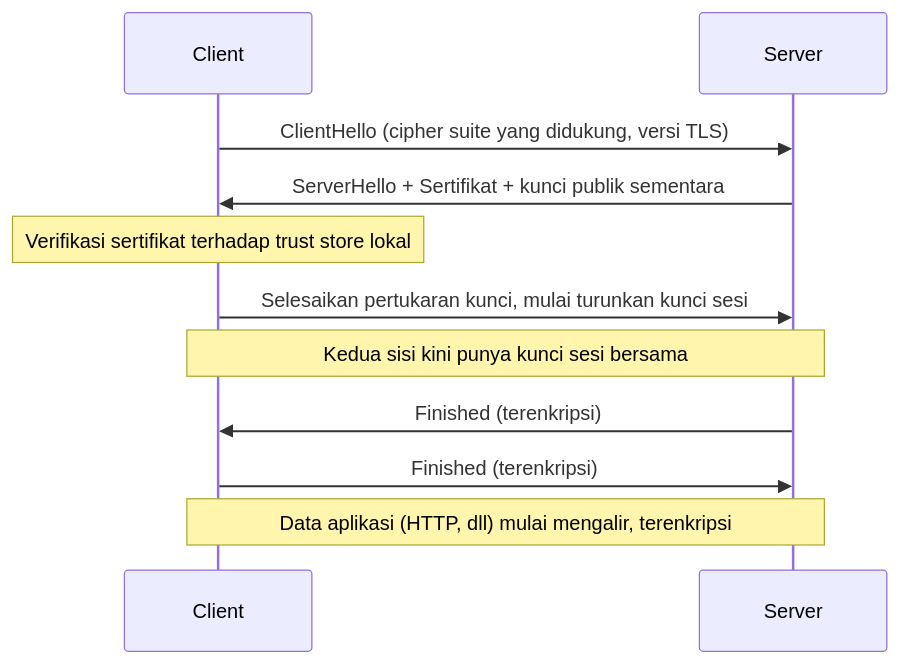
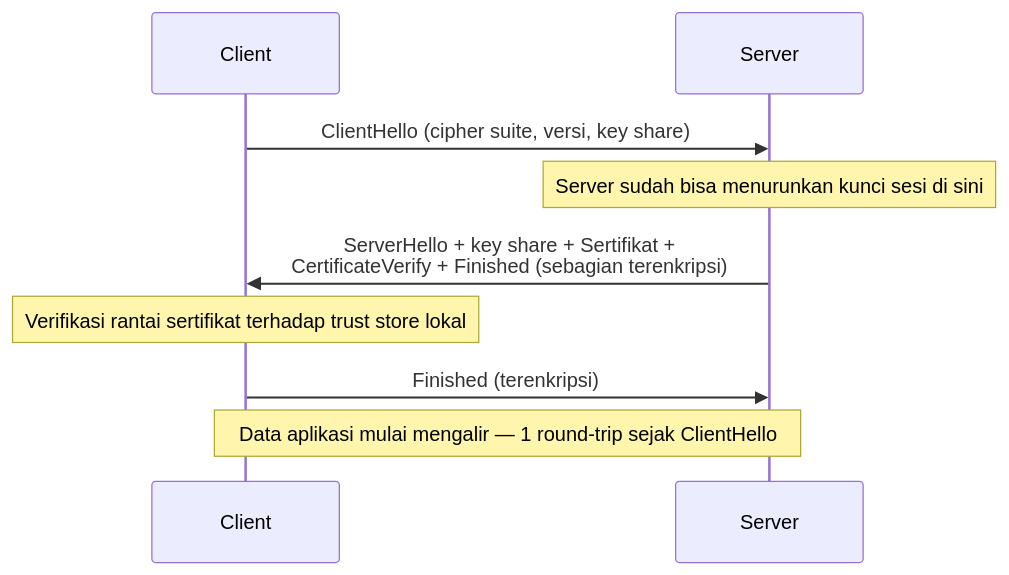
One commit to firmanains/backend-engineering-vault changed the diagram in 10 Foundations/The TLS Handshake.md. Above: the diagram before and after it, drawn with Mermaid. The commit also changed other lines of this file and 18 other files, not shown here.

````diff
--- a/10 Foundations/The TLS Handshake.md
+++ b/10 Foundations/The TLS Handshake.md
@@ -35,14 +35,12 @@
 ```mermaid
 sequenceDiagram
     participant C as Client
     participant S as Server
 
-    C->>S: ClientHello (cipher suite yang didukung, versi TLS)
-    S->>C: ServerHello + Sertifikat + kunci publik sementara
-    Note over C: Verifikasi sertifikat terhadap trust store lokal
-    C->>S: Selesaikan pertukaran kunci, mulai turunkan kunci sesi
-    Note over C,S: Kedua sisi kini punya kunci sesi bersama
-    S->>C: Finished (terenkripsi)
+    C->>S: ClientHello (cipher suite, versi, key share)
+    Note over S: Server sudah bisa menurunkan kunci sesi di sini
+    S->>C: ServerHello + key share + Sertifikat +<br/>CertificateVerify + Finished (sebagian terenkripsi)
+    Note over C: Verifikasi rantai sertifikat terhadap trust store lokal
     C->>S: Finished (terenkripsi)
-    Note over C,S: Data aplikasi (HTTP, dll) mulai mengalir, terenkripsi
+    Note over C,S: Data aplikasi mulai mengalir — 1 round-trip sejak ClientHello
 ```
````
